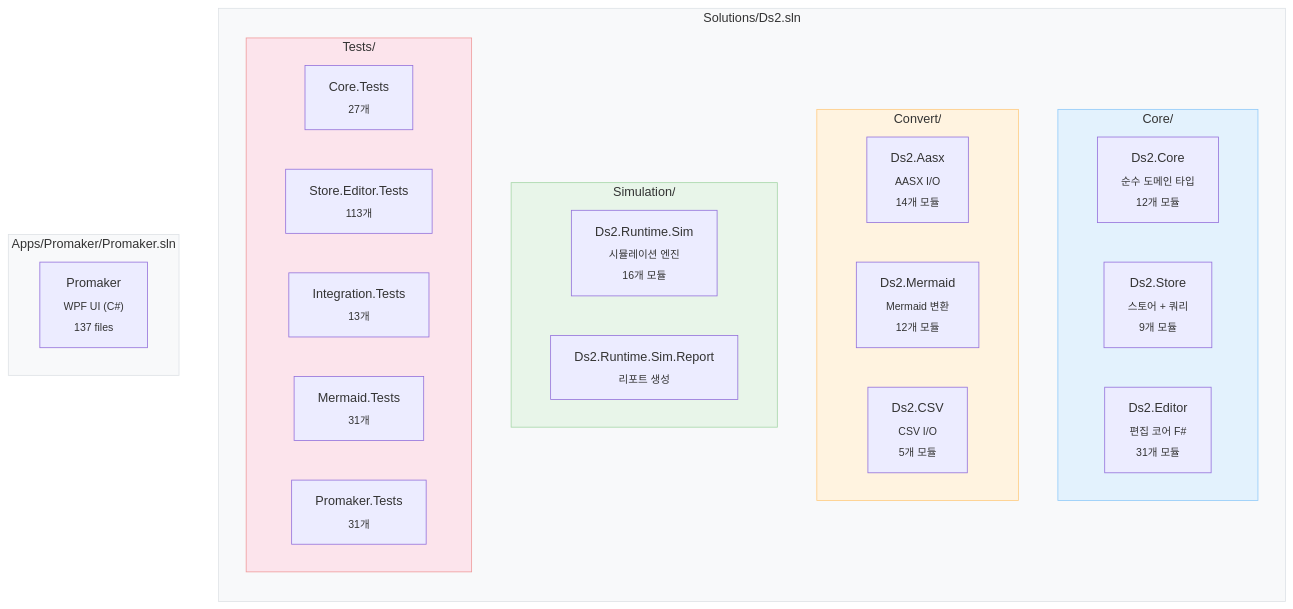
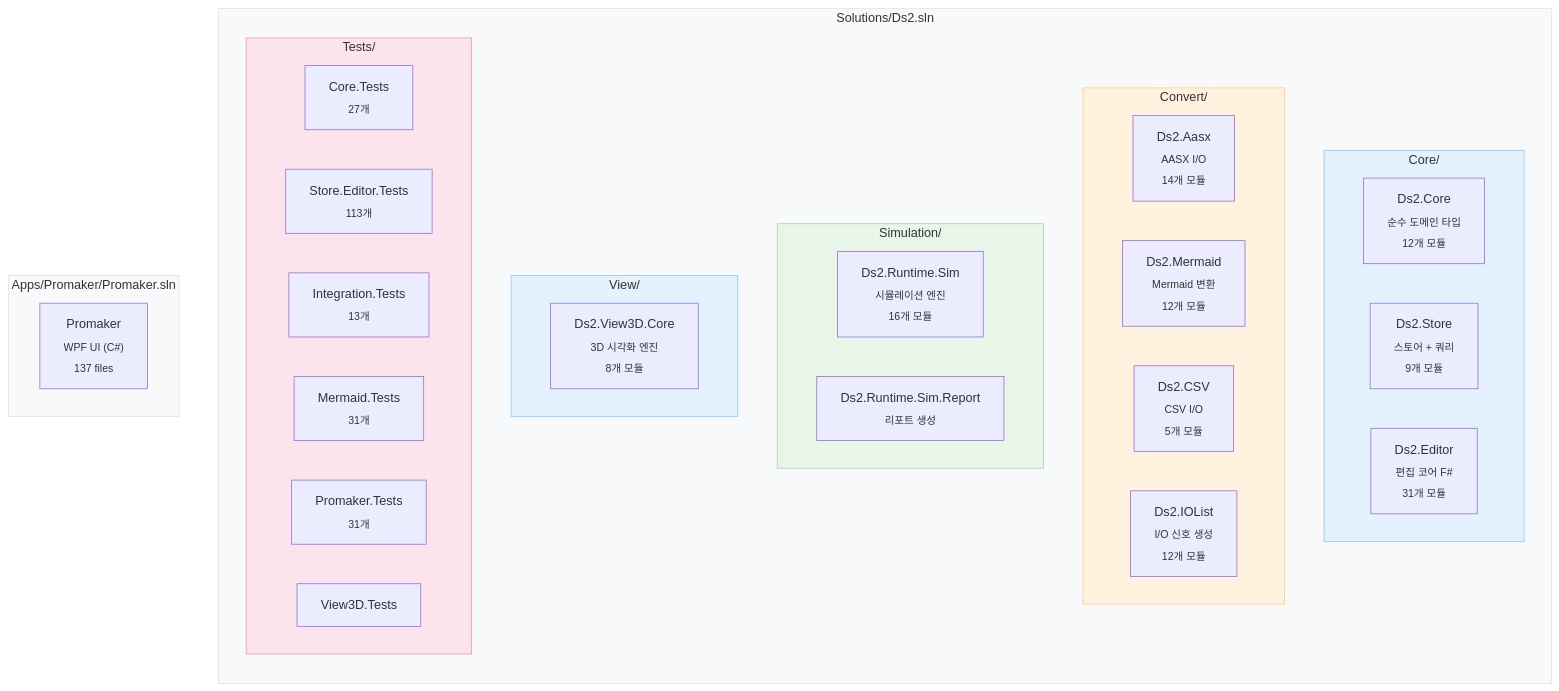
One commit to DualsoftDev/ds2 changed the seventh of 7 diagrams in README.md. Above: the diagram before and after it, drawn with Mermaid. The commit also changed other lines of this file, not shown here.

````diff
--- a/README.md
+++ b/README.md
@@ -235,42 +247,49 @@
 ```mermaid
 graph TD
     subgraph Solutions["Solutions/Ds2.sln"]
         direction TB
 
         subgraph Core["Core/"]
             DC["Ds2.Core<br/><sub>순수 도메인 타입<br/>12개 모듈</sub>"]
             DST["Ds2.Store<br/><sub>스토어 + 쿼리<br/>9개 모듈</sub>"]
             DED["Ds2.Editor<br/><sub>편집 코어 F#<br/>31개 모듈</sub>"]
         end
 
         subgraph Convert["Convert/"]
             AASX["Ds2.Aasx<br/><sub>AASX I/O<br/>14개 모듈</sub>"]
             MER["Ds2.Mermaid<br/><sub>Mermaid 변환<br/>12개 모듈</sub>"]
             CSV["Ds2.CSV<br/><sub>CSV I/O<br/>5개 모듈</sub>"]
+            IOL["Ds2.IOList<br/><sub>I/O 신호 생성<br/>12개 모듈</sub>"]
         end
 
         subgraph Sim["Simulation/"]
             SIM["Ds2.Runtime.Sim<br/><sub>시뮬레이션 엔진<br/>16개 모듈</sub>"]
             RPT["Ds2.Runtime.Sim.Report<br/><sub>리포트 생성</sub>"]
+        end
+
+        subgraph View["View/"]
+            V3D["Ds2.View3D.Core<br/><sub>3D 시각화 엔진<br/>8개 모듈</sub>"]
         end
 
         subgraph Tests["Tests/"]
             T1["Core.Tests<br/><sub>27개</sub>"]
             T2["Store.Editor.Tests<br/><sub>113개</sub>"]
             T3["Integration.Tests<br/><sub>13개</sub>"]
             T4["Mermaid.Tests<br/><sub>31개</sub>"]
             T5["Promaker.Tests<br/><sub>31개</sub>"]
+            T6["View3D.Tests"]
         end
     end
 
     subgraph Apps["Apps/Promaker/Promaker.sln"]
         PM["Promaker<br/><sub>WPF UI (C#)<br/>137 files</sub>"]
     end
 
     style Solutions fill:#f8f9fa,stroke:#dee2e6
     style Apps fill:#f8f9fa,stroke:#dee2e6
     style Core fill:#e3f2fd,stroke:#90caf9
     style Convert fill:#fff3e0,stroke:#ffcc80
     style Sim fill:#e8f5e9,stroke:#a5d6a7
+    style View fill:#e3f2fd,stroke:#90caf9
     style Tests fill:#fce4ec,stroke:#ef9a9a
 ```
````
